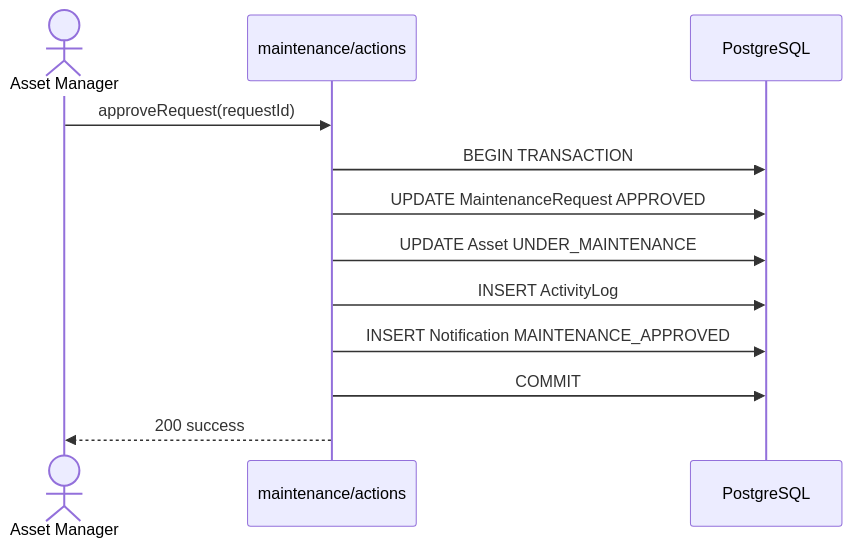
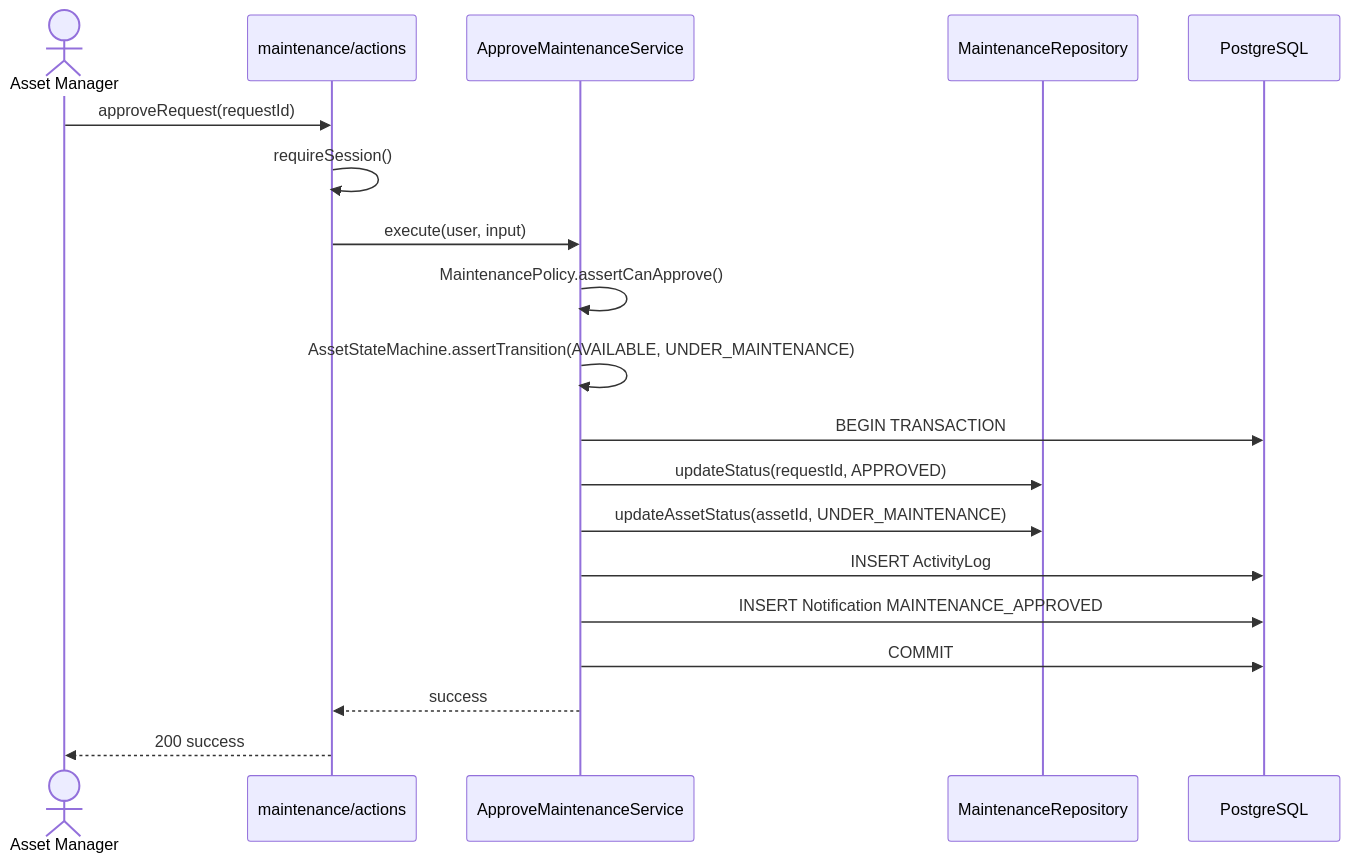
The fifth of 8 diagrams in docs/lld.md (Shivayaagrawal/assetflow), drawn with Mermaid before and after one commit. The commit also changed other lines of this file and 16 other files, not shown here.

First line of the commit message:
feat(shared): Odoo dynamic data alignment and architecture enforcement

````diff
--- a/docs/lld.md
+++ b/docs/lld.md
@@ -373,15 +392,22 @@
 ```mermaid
 sequenceDiagram
   actor AM as Asset Manager
   participant Action as maintenance/actions
+  participant Service as ApproveMaintenanceService
+  participant Repo as MaintenanceRepository
   participant DB as PostgreSQL
 
   AM->>Action: approveRequest(requestId)
-  Action->>DB: BEGIN TRANSACTION
-  Action->>DB: UPDATE MaintenanceRequest APPROVED
-  Action->>DB: UPDATE Asset UNDER_MAINTENANCE
-  Action->>DB: INSERT ActivityLog
-  Action->>DB: INSERT Notification MAINTENANCE_APPROVED
-  Action->>DB: COMMIT
+  Action->>Action: requireSession()
+  Action->>Service: execute(user, input)
+  Service->>Service: MaintenancePolicy.assertCanApprove()
+  Service->>Service: AssetStateMachine.assertTransition(AVAILABLE, UNDER_MAINTENANCE)
+  Service->>DB: BEGIN TRANSACTION
+  Service->>Repo: updateStatus(requestId, APPROVED)
+  Service->>Repo: updateAssetStatus(assetId, UNDER_MAINTENANCE)
+  Service->>DB: INSERT ActivityLog
+  Service->>DB: INSERT Notification MAINTENANCE_APPROVED
+  Service->>DB: COMMIT
+  Service-->>Action: success
   Action-->>AM: 200 success
 ```
````
